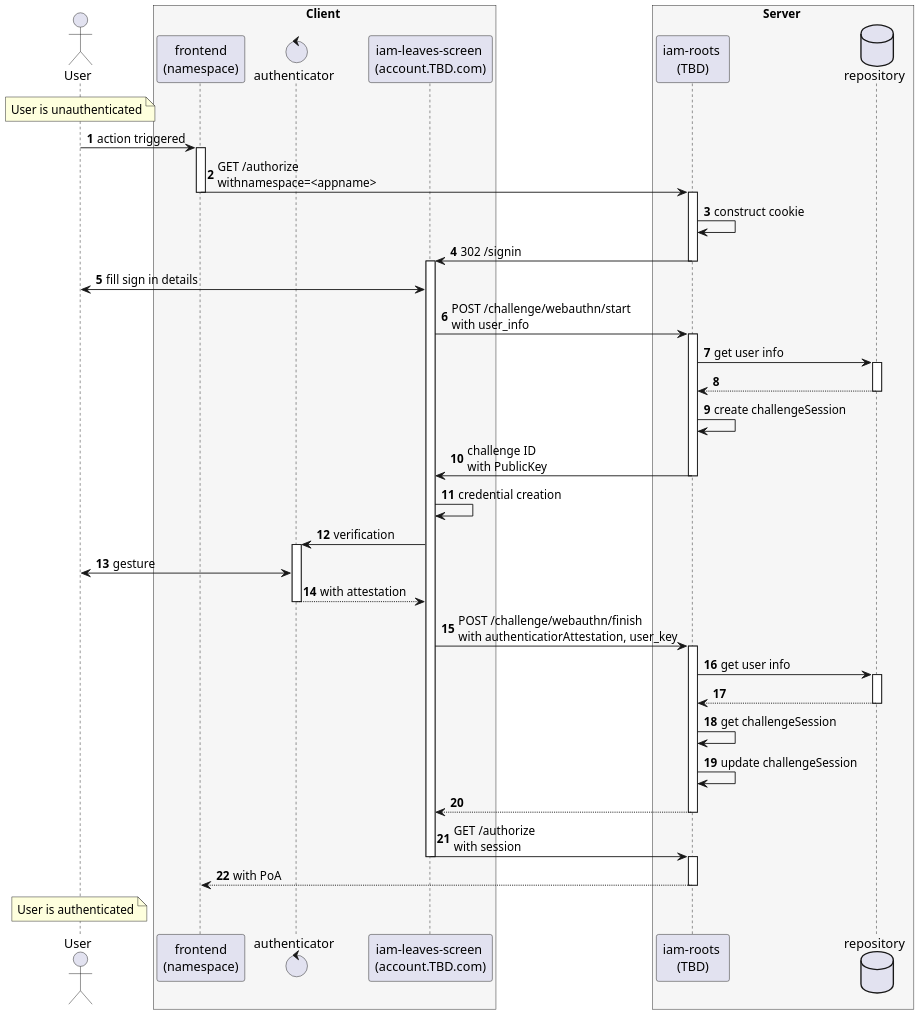
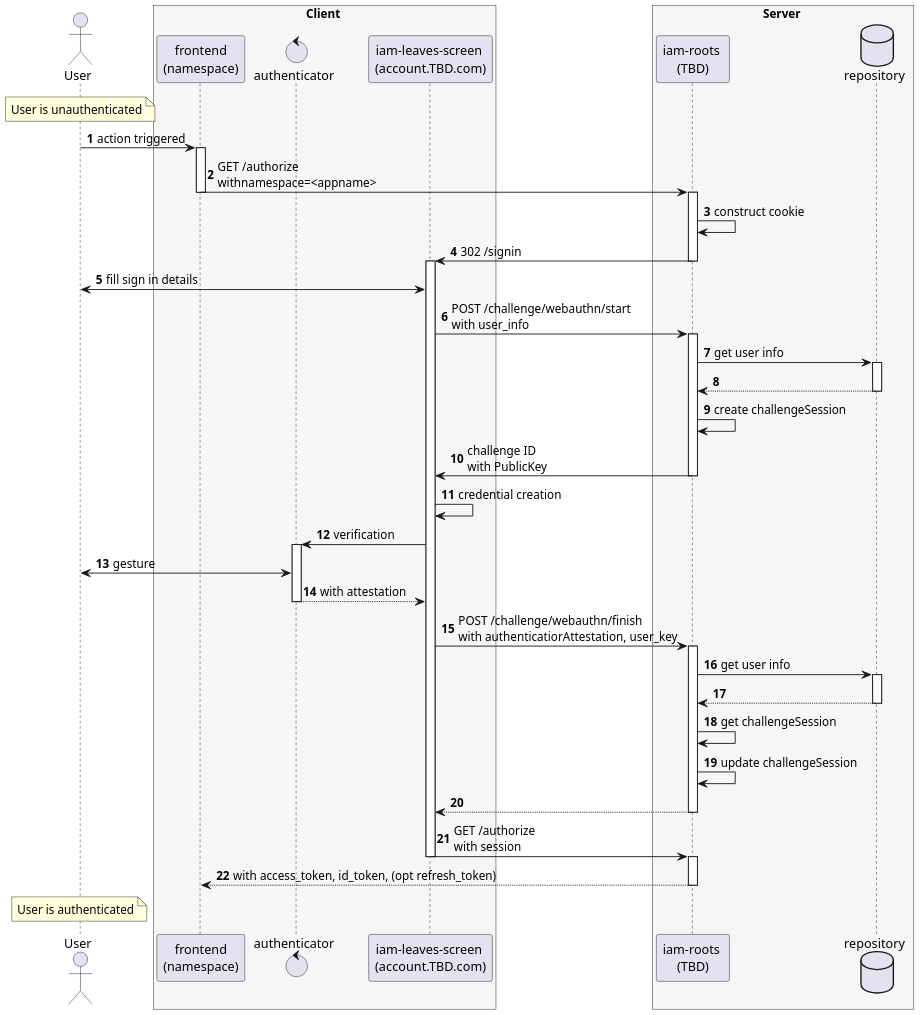
Before and after one commit to areugoh/proto: the third of 3 diagrams in proto/iam-roots/api/v1/design-doc.md, drawn with PlantUML. The commit also changed other lines of this file, not shown here.

````diff
--- a/proto/iam-roots/api/v1/design-doc.md
+++ b/proto/iam-roots/api/v1/design-doc.md
@@ -140,82 +156,82 @@
 ```plantuml
 @startuml registration-details
 skinparam dpi 160
 skinparam monochome false
 skinparam BoxPadding 10
 
 actor User as U
 
 box Client #f6f6f6
 participant "frontend\n(namespace)" as F
 control "authenticator" as A
 participant "iam-leaves-screen \n(account.TBD.com)" as IAML
 end box
 
 box Server #f6f6f6
 participant "iam-roots \n(TBD)" as IAMR
 database "repository" as R
 end box
 
 autonumber
 
 note over U
 User is unauthenticated
 end note
 
 
 U -> F: action triggered
 
 
 activate F
 F -> IAMR: GET /authorize \nwithnamespace=<appname>
 deactivate F
 
 
 activate IAMR
 IAMR -> IAMR: construct cookie
 IAMR -> IAML: 302 /signin
 deactivate IAMR
 activate IAML
 
 
 IAML <-> U: fill sign in details
 IAML -> IAMR: POST /challenge/webauthn/start \nwith user_info
 activate IAMR
 IAMR -> R: get user info
 activate R
 R --> IAMR
 deactivate R
 IAMR -> IAMR: create challengeSession
 IAMR -> IAML: challenge ID \nwith PublicKey
 deactivate IAMR
 
 
 IAML -> IAML: credential creation
 IAML -> A: verification
 activate A
 A <-> U: gesture
 A --> IAML: with attestation
 deactivate A
 
 
 IAML -> IAMR: POST /challenge/webauthn/finish \nwith authenticatiorAttestation, user_key
 activate IAMR
 IAMR -> R: get user info
 activate R
 R --> IAMR
 deactivate R
 IAMR -> IAMR: get challengeSession
 IAMR -> IAMR: update challengeSession
 IAMR --> IAML
 deactivate IAMR
 
 IAML -> IAMR: GET /authorize \nwith session
 deactivate IAML
 activate IAMR
-IAMR --> F: with PoA
+IAMR --> F: with access_token, id_token, (opt refresh_token)
 deactivate IAMR
 
 note over U
 User is authenticated
 end note
 ```
````
